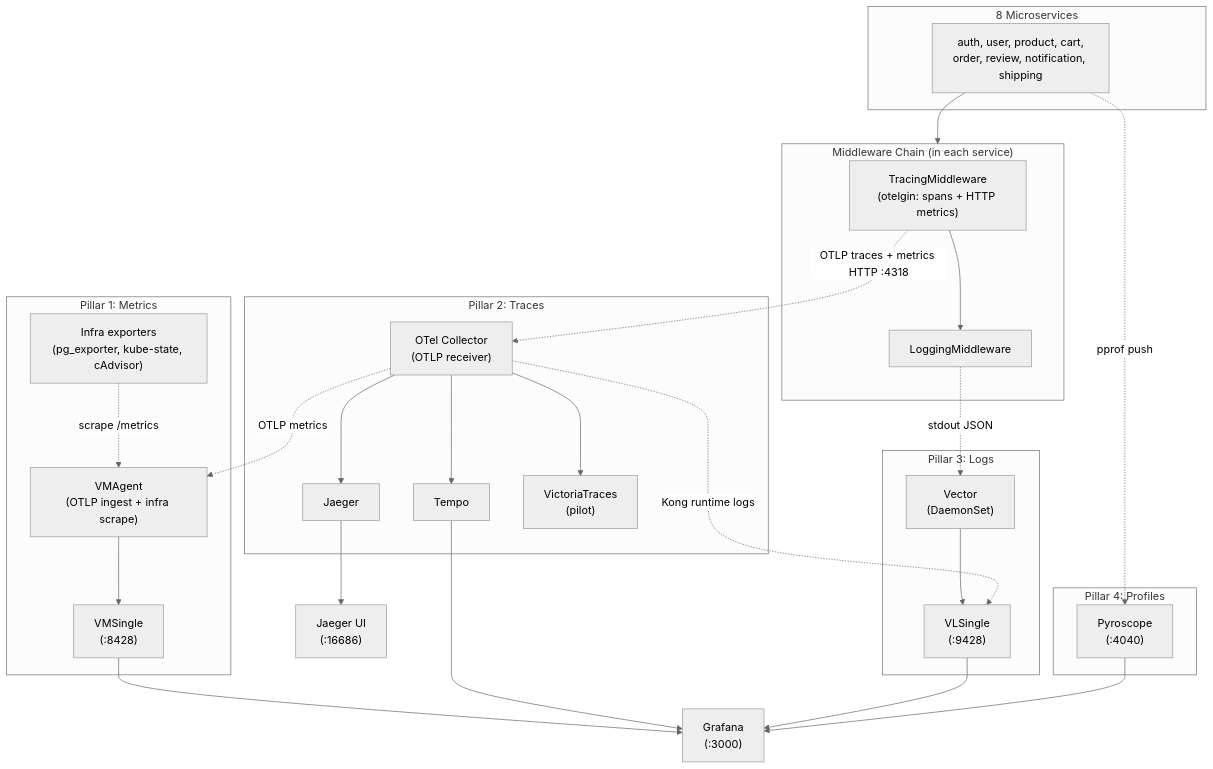
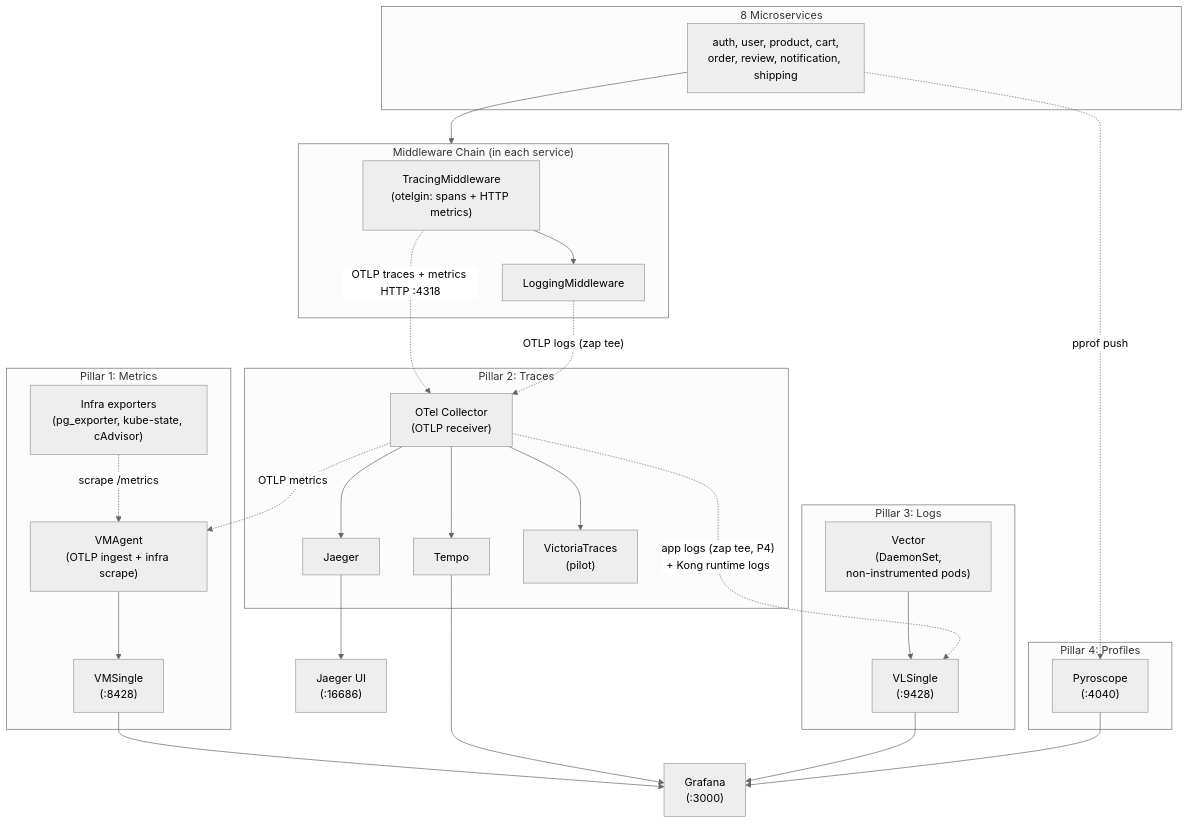
Before and after one commit to duynhlab/homelab: the third of 7 diagrams in docs/observability/runbooks/observability-deep-dive.md, drawn with Mermaid (neutral theme). The commit also changed other lines of this file and 13 other files, not shown here.

````diff
--- a/docs/observability/runbooks/observability-deep-dive.md
+++ b/docs/observability/runbooks/observability-deep-dive.md
@@ -175,42 +175,42 @@
 ```mermaid
 flowchart TD
     subgraph apps ["8 Microservices"]
         S["auth, user, product, cart,\norder, review, notification, shipping"]
     end
 
     subgraph middleware ["Middleware Chain (in each service)"]
         M1["TracingMiddleware\n(otelgin: spans + HTTP metrics)"] --> M2["LoggingMiddleware"]
     end
 
     subgraph metrics ["Pillar 1: Metrics"]
         VMAgent["VMAgent\n(OTLP ingest + infra scrape)"] --> VMSingle["VMSingle\n(:8428)"]
         Infra["Infra exporters\n(pg_exporter, kube-state, cAdvisor)"] -.->|"scrape /metrics"| VMAgent
     end
 
     subgraph traces ["Pillar 2: Traces"]
         OTel["OTel Collector\n(OTLP receiver)"] --> Tempo["Tempo"]
         OTel --> Jaeger["Jaeger"]
         OTel --> VT["VictoriaTraces\n(pilot)"]
     end
 
     subgraph logs ["Pillar 3: Logs"]
-        Vector["Vector\n(DaemonSet)"] --> VLSingle["VLSingle\n(:9428)"]
+        Vector["Vector\n(DaemonSet,\nnon-instrumented pods)"] --> VLSingle["VLSingle\n(:9428)"]
     end
-    OTel -.->|"Kong runtime logs"| VLSingle
+    OTel -.->|"app logs (zap tee, P4)\n+ Kong runtime logs"| VLSingle
 
     subgraph profiles ["Pillar 4: Profiles"]
         Pyroscope["Pyroscope\n(:4040)"]
     end
 
     S --> middleware
     M1 -.->|"OTLP traces + metrics HTTP :4318"| OTel
-    M2 -.->|"stdout JSON"| Vector
+    M2 -.->|"OTLP logs (zap tee)"| OTel
     S -.->|"pprof push"| Pyroscope
     OTel -.->|"OTLP metrics"| VMAgent
 
     VMSingle --> Grafana["Grafana\n(:3000)"]
     Tempo --> Grafana
     VLSingle --> Grafana
     Pyroscope --> Grafana
     Jaeger --> JaegerUI["Jaeger UI\n(:16686)"]
 ```
````
